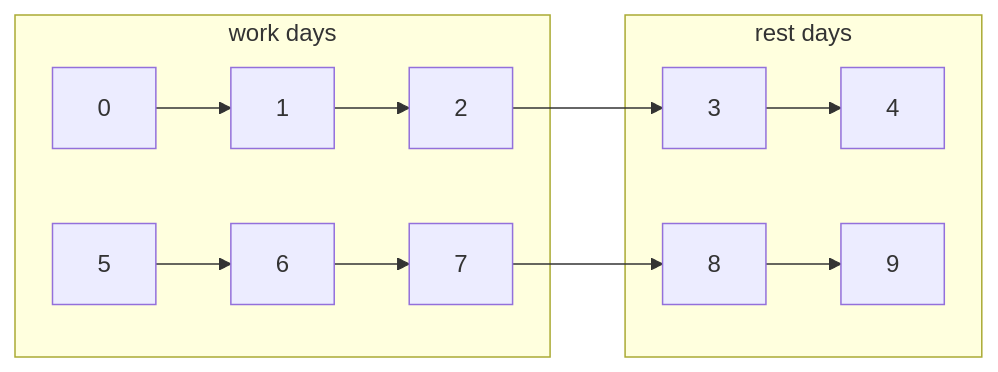
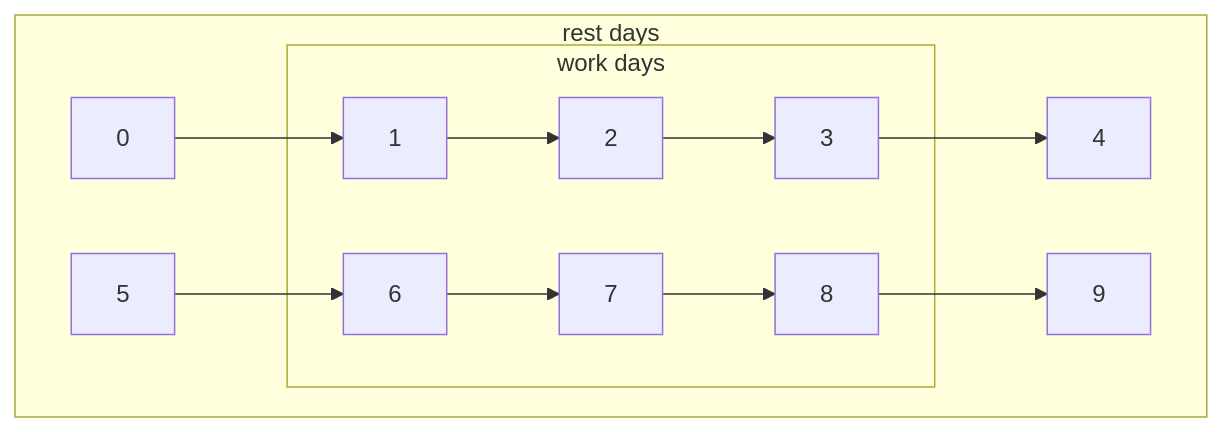
The first of 2 diagrams in dec/date/index.qmd (maptv/maptv.github.io), drawn with Mermaid before and after one commit. The commit also changed other lines of this file and 15 other files, not shown here.

````diff
--- a/dec/date/index.qmd
+++ b/dec/date/index.qmd
@@ -287,20 +289,21 @@
 ```{mermaid}
 %%{ init : { "theme" : "default", "flowchart" : { "curve" : "linear" }}}%%
-flowchart LR
+flowchart TB
    A[0]-->B[1]-->C[2]-->D[3]-->E[4]
    F[5]-->G[6]-->H[7]-->I[8]-->J[9]
-   subgraph pentstart[work days]
-   A
+   subgraph workdays[work days]
    B
    C
-   F
    G
    H
+   D
+   I
    end
-   subgraph pentend[rest days]
-   D
+   subgraph restdays[rest days]
+   A
+   F
    E
-   I
    J
+   workdays
    end
 ```
````
